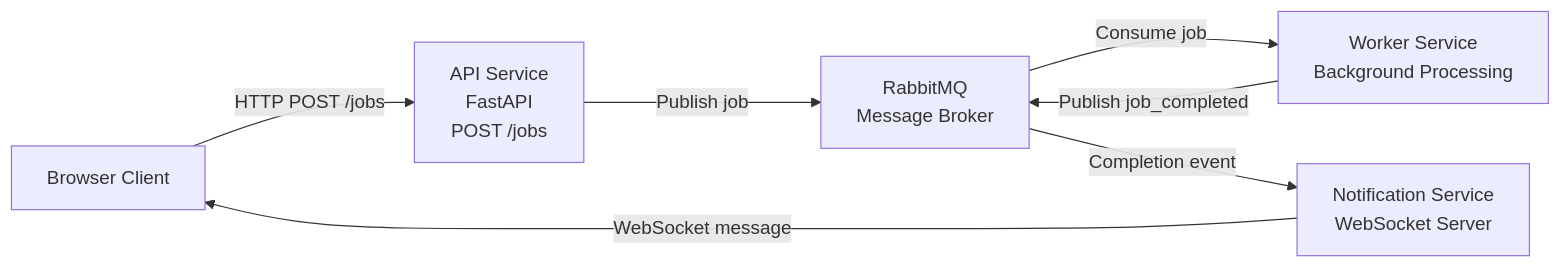
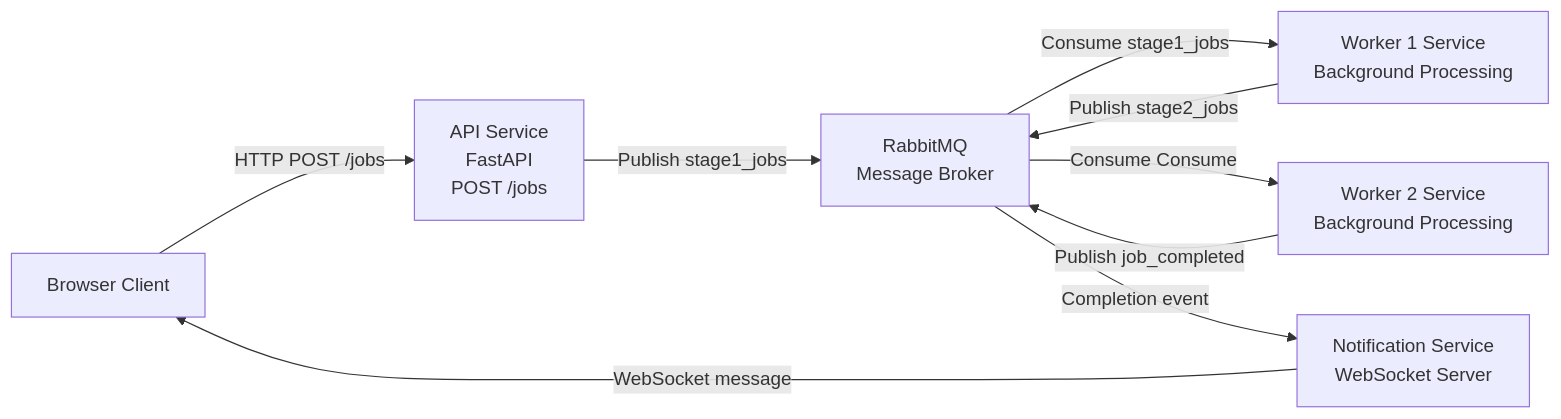
The diagram in readme.md (birddevelper/async_pipeline_example), drawn with Mermaid before and after one commit. The commit also changed other lines of this file, not shown here.

Commit message:
fix: clarify job processing flow and architecture details

````diff
--- a/readme.md
+++ b/readme.md
@@ -14,25 +14,30 @@
 ```mermaid
 flowchart LR
 
     Browser["Browser Client"]
     
     API["API Service
     FastAPI
     POST /jobs"]
 
     Queue["RabbitMQ
     Message Broker"]
 
-    Worker["Worker Service
+    Worker1["Worker 1 Service
+    Background Processing"]
+
+    Worker2["Worker 2 Service
     Background Processing"]
 
     Notify["Notification Service
     WebSocket Server"]
 
     Browser -- "HTTP POST /jobs" --> API
-    API -- "Publish job" --> Queue
-    Queue -- "Consume job" --> Worker
-    Worker -- "Publish job_completed" --> Queue
+    API -- "Publish stage1_jobs" --> Queue
+    Queue -- "Consume stage1_jobs" --> Worker1
+    Worker1 -- "Publish stage2_jobs" --> Queue
+    Queue -- "Consume Consume" --> Worker2
+    Worker2 -- "Publish job_completed" --> Queue
     Queue -- "Completion event" --> Notify
     Notify -- "WebSocket message" --> Browser
 ```
````
